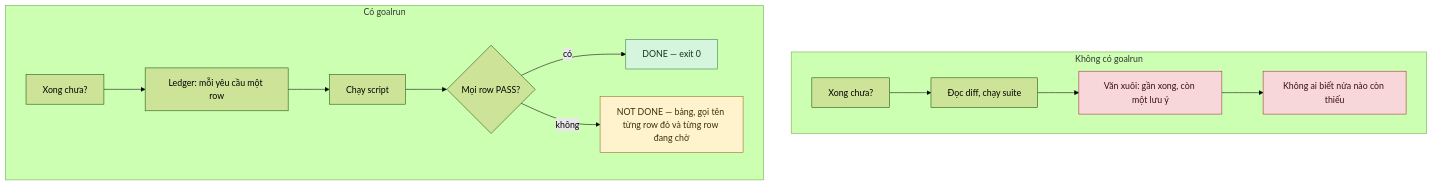
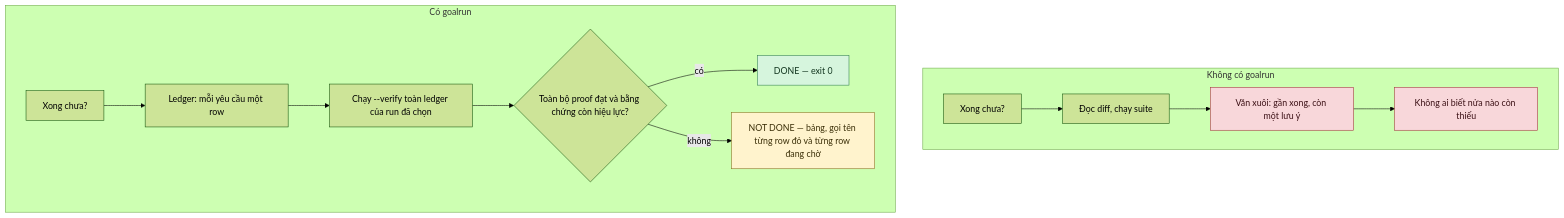
The second of 4 diagrams in docs/how-it-works.vi.md (xtieume/testcase), drawn with Mermaid (forest theme) before and after one commit. The commit also changed other lines of this file and 24 other files, not shown here.

````diff
--- a/docs/how-it-works.vi.md
+++ b/docs/how-it-works.vi.md
@@ -69,27 +70,27 @@
 ```mermaid
 flowchart TD
     subgraph WITHOUT["Không có goalrun"]
         W1["Xong chưa?"]
         W2["Đọc diff, chạy suite"]
         W3["Văn xuôi: gần xong, còn một lưu ý"]
         W4["Không ai biết nửa nào còn thiếu"]
         W1 --> W2 --> W3 --> W4
     end
 
     subgraph WITH["Có goalrun"]
         G1["Xong chưa?"]
         G2["Ledger: mỗi yêu cầu một row"]
-        G3["Chạy script"]
-        G4{"Mọi row PASS?"}
+        G3["Chạy --verify toàn ledger của run đã chọn"]
+        G4{"Toàn bộ proof đạt và bằng chứng còn hiệu lực?"}
         G5["DONE — exit 0"]
         G6["NOT DONE — bảng, gọi tên từng row đỏ và từng row đang chờ"]
         G1 --> G2 --> G3 --> G4
         G4 -->|"có"| G5
         G4 -->|"không"| G6
     end
 
     style W3 fill:#f8d7da,stroke:#a3303b,color:#3b1015
     style W4 fill:#f8d7da,stroke:#a3303b,color:#3b1015
     style G5 fill:#d6f5dd,stroke:#2f7d4f,color:#12351f
     style G6 fill:#fff3cd,stroke:#8a6d1f,color:#3b2f08
 ```
````
